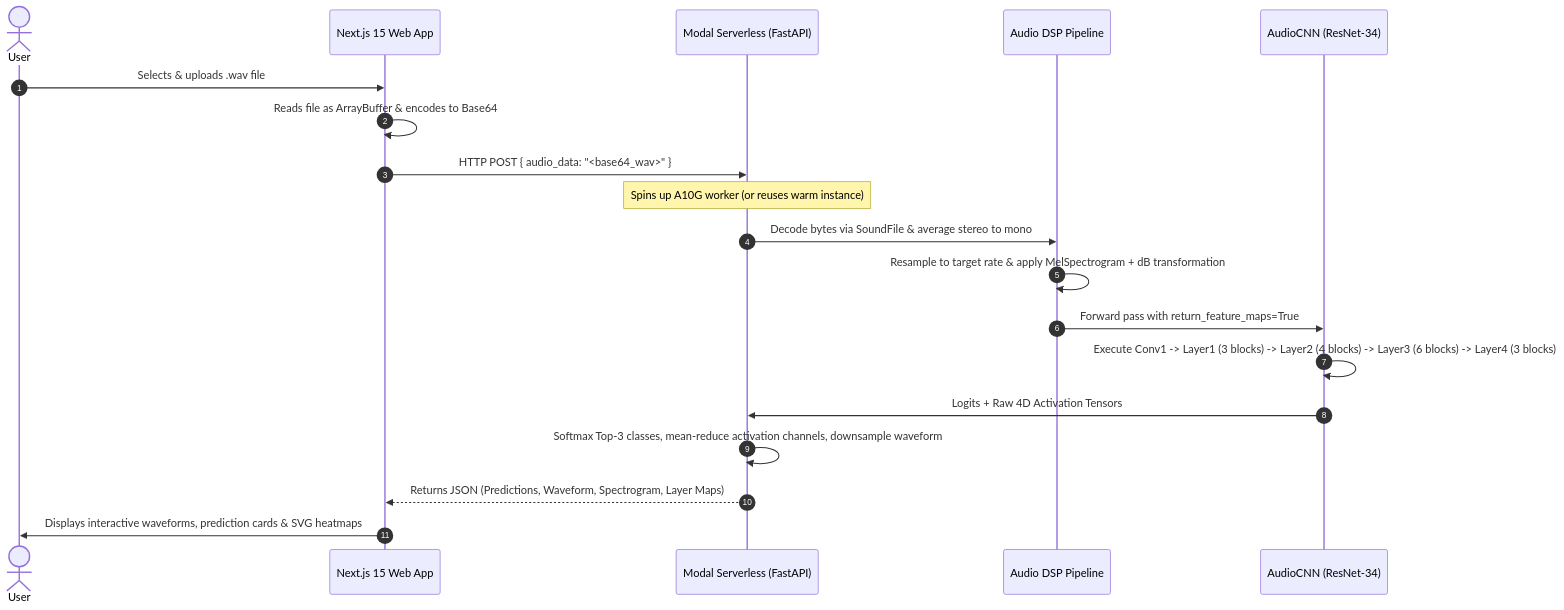
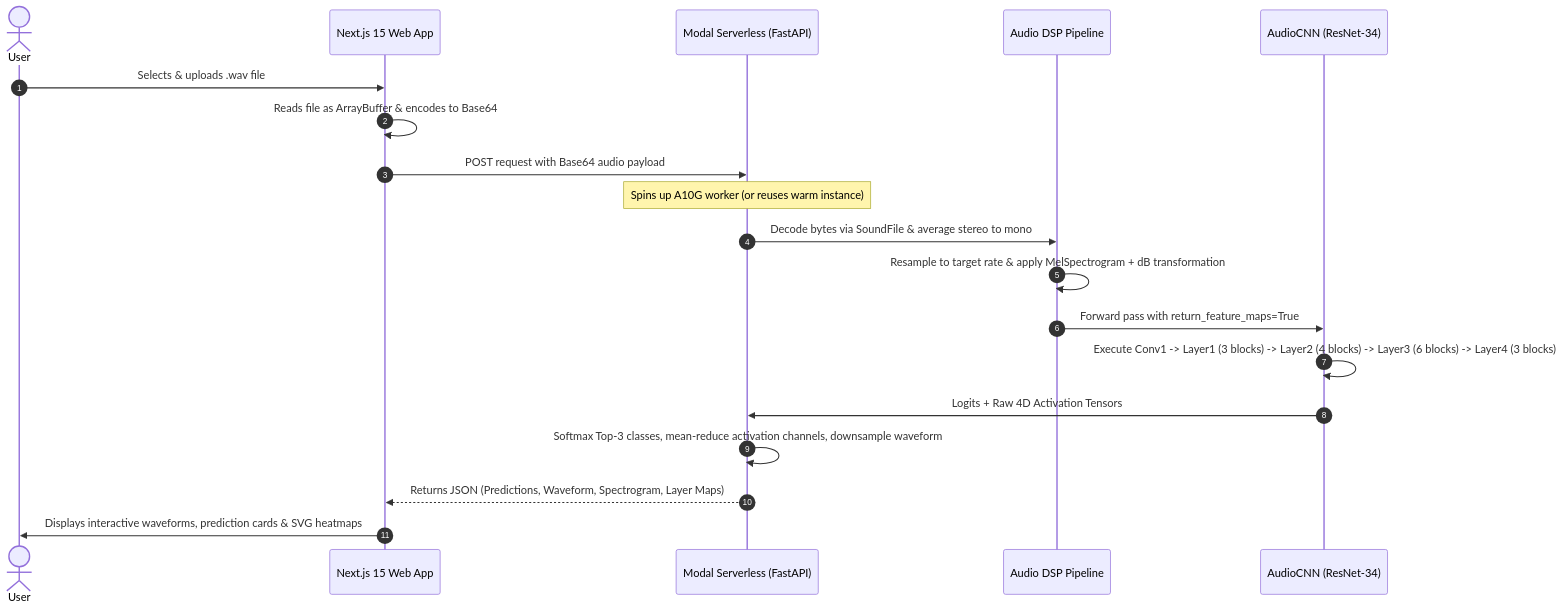
Before and after one commit to Utkarsh-Tyagi-16/Audio-CNN: the second of 2 diagrams in README.md, drawn with Mermaid. The commit also changed other lines of this file, not shown here.

````diff
--- a/README.md
+++ b/README.md
@@ -94,22 +87,22 @@
 ```mermaid
 sequenceDiagram
     autonumber
     actor User as User
     participant Frontend as Next.js 15 Web App
     participant ModalAPI as Modal Serverless (FastAPI)
     participant DSP as Audio DSP Pipeline
     participant ResNet as AudioCNN (ResNet-34)
 
     User->>Frontend: Selects & uploads .wav file
     Frontend->>Frontend: Reads file as ArrayBuffer & encodes to Base64
-    Frontend->>ModalAPI: HTTP POST { audio_data: "<base64_wav>" }
+    Frontend->>ModalAPI: POST request with Base64 audio payload
     Note over ModalAPI: Spins up A10G worker (or reuses warm instance)
     ModalAPI->>DSP: Decode bytes via SoundFile & average stereo to mono
     DSP->>DSP: Resample to target rate & apply MelSpectrogram + dB transformation
     DSP->>ResNet: Forward pass with return_feature_maps=True
     ResNet->>ResNet: Execute Conv1 -> Layer1 (3 blocks) -> Layer2 (4 blocks) -> Layer3 (6 blocks) -> Layer4 (3 blocks)
     ResNet->>ModalAPI: Logits + Raw 4D Activation Tensors
     ModalAPI->>ModalAPI: Softmax Top-3 classes, mean-reduce activation channels, downsample waveform
     ModalAPI-->>Frontend: Returns JSON (Predictions, Waveform, Spectrogram, Layer Maps)
     Frontend->>User: Displays interactive waveforms, prediction cards & SVG heatmaps
 ```
````
